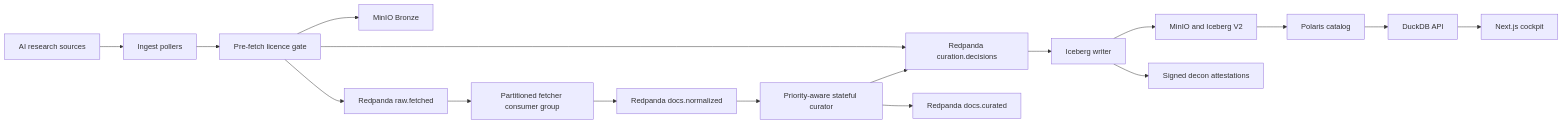
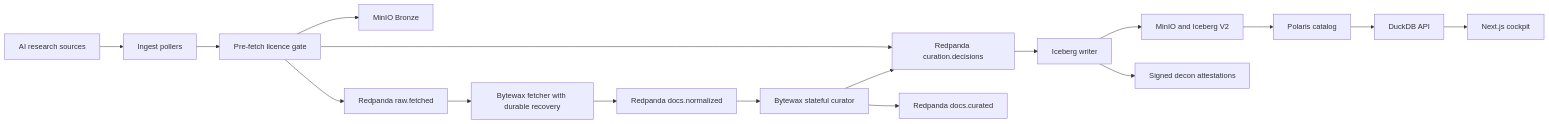
The diagram in README.md (0Chris5R/Stream2Pretrain), drawn with Mermaid before and after one commit. The commit also changed other lines of this file and 131 other files, not shown here.

````diff
--- a/README.md
+++ b/README.md
@@ -44,19 +44,19 @@
 ```mermaid
 flowchart LR
     sources["AI research sources"] --> ingest["Ingest pollers"]
     ingest --> licence["Pre-fetch licence gate"]
     licence --> decisions["Corpus route ledger"]
     licence --> bronze["MinIO Bronze"]
     licence --> raw["Redpanda raw.fetched"]
-    raw --> fetcher["Partitioned fetcher consumer group"]
+    raw --> fetcher["Bytewax fetcher with durable recovery"]
     fetcher --> normalized["Redpanda docs.normalized"]
-    normalized --> curate["Priority-aware stateful curator"]
+    normalized --> curate["Bytewax stateful curator"]
     curate --> decisions["Redpanda curation.decisions"]
     curate --> clean["Redpanda docs.curated"]
     decisions --> writer["Iceberg writer"]
     writer --> lakehouse["MinIO and Iceberg V2"]
     writer --> attest["Signed decon attestations"]
     lakehouse --> catalog["Polaris catalog"]
     catalog --> query["DuckDB API"]
     query --> ui["Next.js cockpit"]
 ```
````
